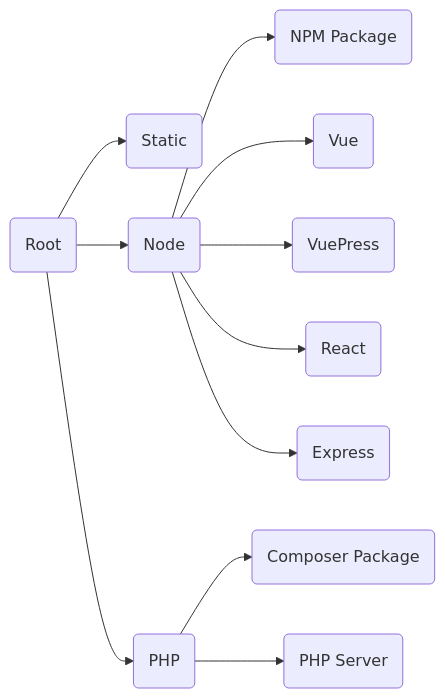
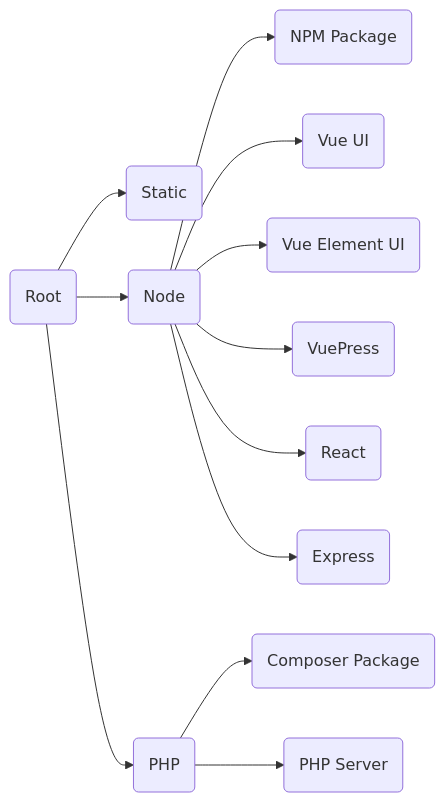
The diagram in profile/README.md (langnang-templates/.github), drawn with Mermaid before and after one commit.

````diff
--- a/profile/README.md
+++ b/profile/README.md
@@ -1,21 +1,25 @@
 ```mermaid
 flowchart LR
 Root(Root)
 	click Root "https://github.com/langnang-temp/root"
 
 Root-->Static(Static)
 	click Static "https://github.com/langnang-temp/static"
 
 Root-->Node(Node)
 	click Node "https://github.com/langnang-temp/node"
 	Node-->NPM_Package("NPM Package")
-	Node-->Vue(Vue)
+	Node-->Vue_UI("Vue UI")
+		click Vue_UI "https://github.com/langnang-temp/vue-ui"
+	Node-->Vue_Element_UI("Vue Element UI")
+		click Vue_Element_UI "https://github.com/langnang-temp/vue-element-ui"
 	Node-->VuePress(VuePress)
 	Node-->React(React)
 	Node-->Express(Express)
 
 Root-->PHP(PHP)
 	click PHP "https://github.com/langnang-temp/php"
 	PHP-->Composer_Package("Composer Package")
 	PHP-->PHP_Server("PHP Server")
+		click PHP_Server "https://github.com/langnang-temp/php-server"
 ```
````
